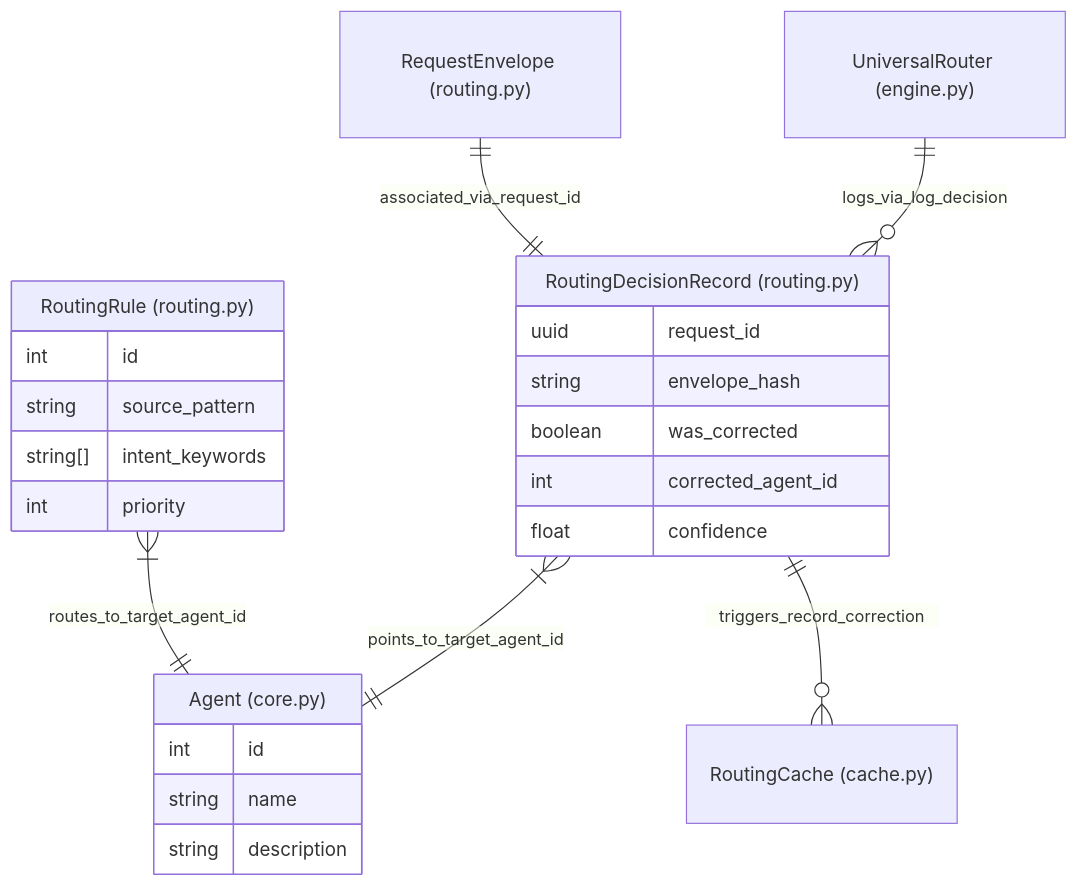
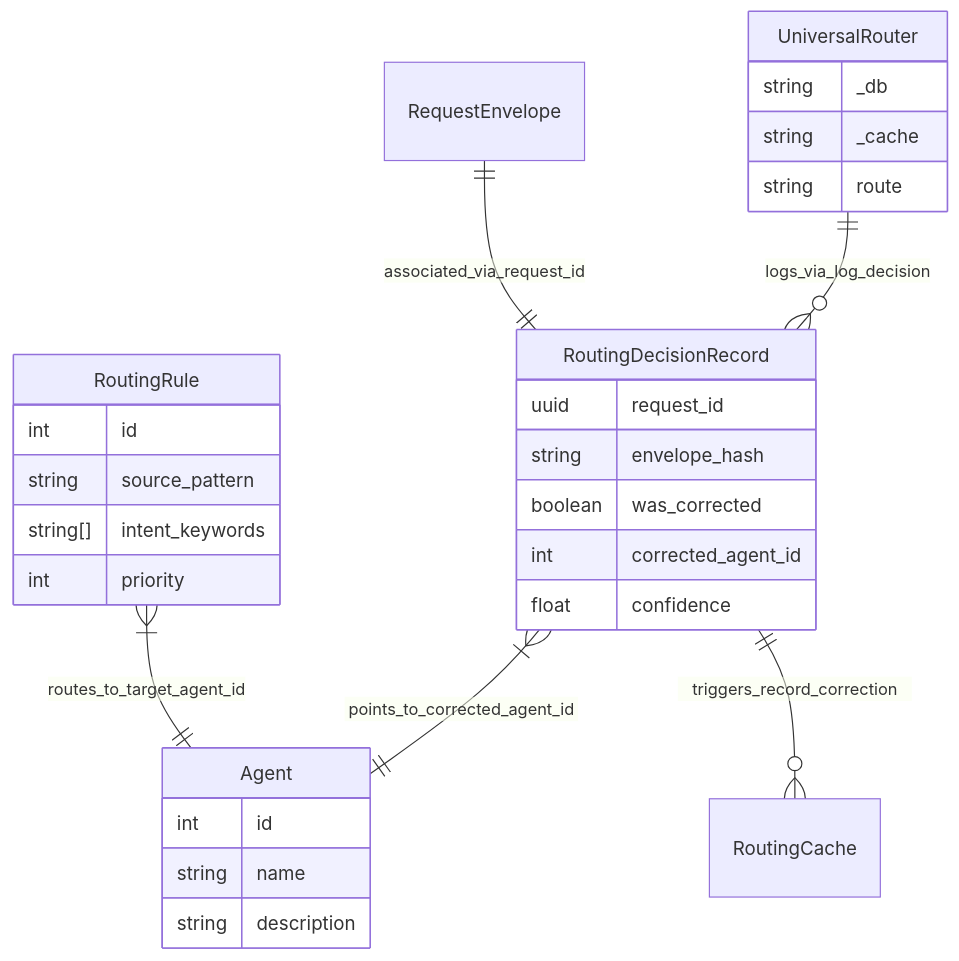
The second of 2 diagrams in docs/universal-router/routing-corrections-learning.md (AutomatosAI/automatos-ai), drawn with Mermaid before and after one commit. The commit also changed other lines of this file and 191 other files, not shown here.

````diff
--- a/docs/universal-router/routing-corrections-learning.md
+++ b/docs/universal-router/routing-corrections-learning.md
@@ -166,29 +163,35 @@
 ```mermaid
 erDiagram
-    "UniversalRouter (engine.py)" ||--o{ "RoutingDecisionRecord (routing.py)" : "logs_via_log_decision"
-    "RoutingDecisionRecord (routing.py)" }|--|| "Agent (core.py)" : "points_to_target_agent_id"
-    "RoutingDecisionRecord (routing.py)" ||--o{ "RoutingCache (cache.py)" : "triggers_record_correction"
-    "RoutingRule (routing.py)" }|--|| "Agent (core.py)" : "routes_to_target_agent_id"
-    "RequestEnvelope (routing.py)" ||--|| "RoutingDecisionRecord (routing.py)" : "associated_via_request_id"
+    UniversalRouter ||--o{ RoutingDecisionRecord : "logs_via_log_decision"
+    RoutingDecisionRecord }|--|| Agent : "points_to_corrected_agent_id"
+    RoutingDecisionRecord ||--o{ RoutingCache : "triggers_record_correction"
+    RoutingRule }|--|| Agent : "routes_to_target_agent_id"
+    RequestEnvelope ||--|| RoutingDecisionRecord : "associated_via_request_id"
     
-    "RoutingDecisionRecord (routing.py)" {
+    UniversalRouter {
+        string _db
+        string _cache
+        string route
+    }
+
+    RoutingDecisionRecord {
         uuid request_id
         string envelope_hash
         boolean was_corrected
         int corrected_agent_id
         float confidence
     }
     
-    "Agent (core.py)" {
+    Agent {
         int id
         string name
         string description
     }
 
-    "RoutingRule (routing.py)" {
+    RoutingRule {
         int id
         string source_pattern
         string[] intent_keywords
         int priority
     }
 ```
````
